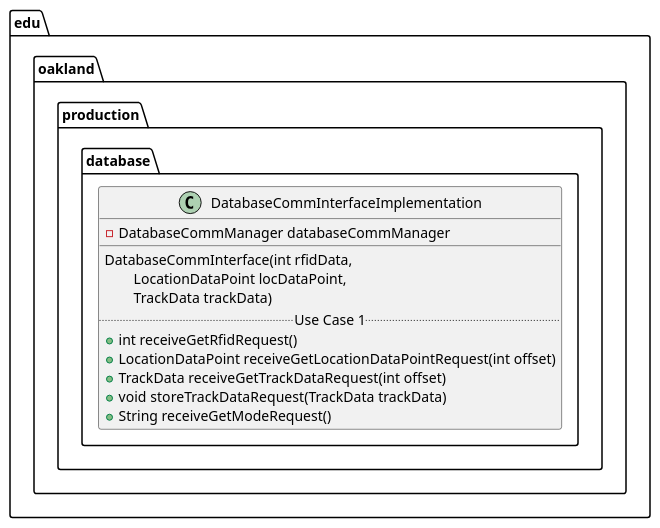
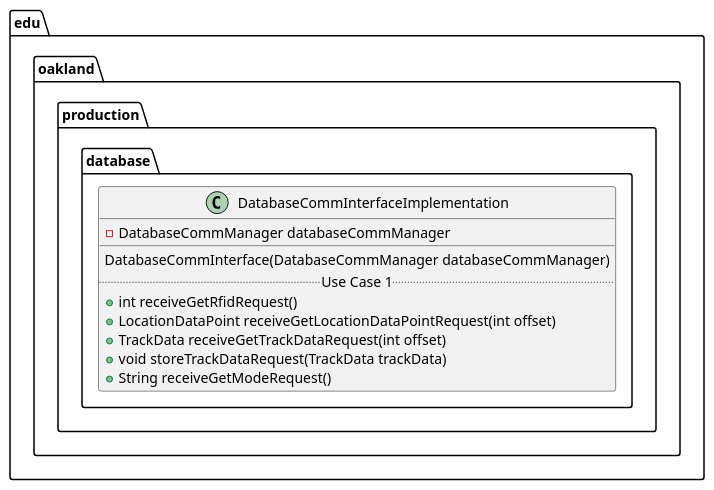
One commit to elilley15/csi-3370-software-project changed the diagram in docs/uml-class-diagrams/database/production/DatabaseCommInterfaceImplementation/DatabaseCommInterfaceImplementation.puml. Above: the diagram before and after it, drawn with PlantUML. The commit also changed 1 other file, not shown here.

Commit message:
Update DatabaseCommInterfaceImplentationTests

```diff
--- a/docs/uml-class-diagrams/database/production/DatabaseCommInterfaceImplementation/DatabaseCommInterfaceImplementation.puml
+++ b/docs/uml-class-diagrams/database/production/DatabaseCommInterfaceImplementation/DatabaseCommInterfaceImplementation.puml
@@ -1,19 +1,17 @@
 @startuml DatabaseCommInterfaceImplementation
 
 package edu.oakland.production.database {
     class DatabaseCommInterfaceImplementation {
         - DatabaseCommManager databaseCommManager
         __
-        DatabaseCommInterface(int rfidData, 
-        \tLocationDataPoint locDataPoint,
-        \tTrackData trackData)
+        DatabaseCommInterface(DatabaseCommManager databaseCommManager)
         .. Use Case 1 ..
         + int receiveGetRfidRequest()
         + LocationDataPoint receiveGetLocationDataPointRequest(int offset)
         + TrackData receiveGetTrackDataRequest(int offset)
         + void storeTrackDataRequest(TrackData trackData)
         + String receiveGetModeRequest()
     }
 }
 
 @enduml
```
